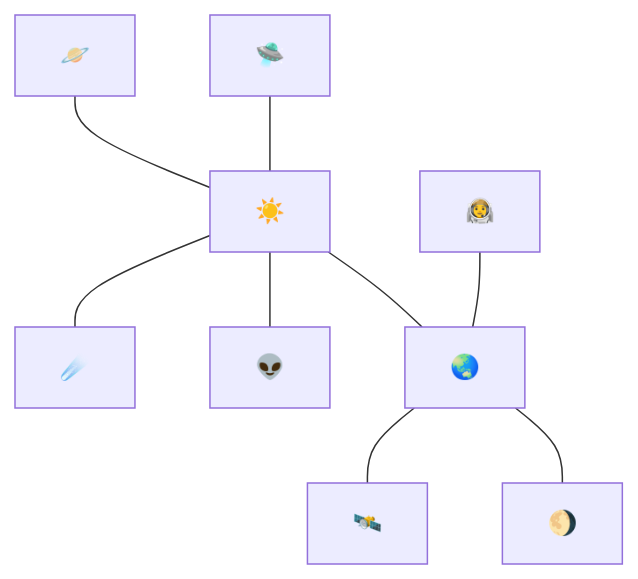
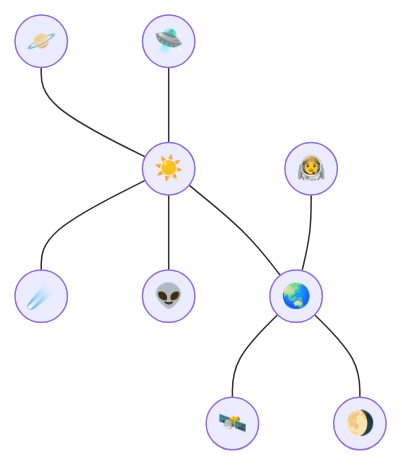
Before and after one commit to RhizomeDB/spec: the fourth of 7 diagrams in README.md, drawn with Mermaid. The commit also changed other lines of this file, not shown here.

````diff
--- a/README.md
+++ b/README.md
@@ -459,20 +459,20 @@
 ``` mermaid
 flowchart BT
-    sun["☀️"]
+    sun(("☀️"))
 
-    earth["🌏"]
-    saturn["🪐"]
-    alien["👽"]
-    uap["🛸"]
-    meteor["☄️"]
+    earth(("🌏"))
+    saturn(("🪐"))
+    alien(("👽"))
+    uap(("🛸"))
+    meteor(("☄️"))
 
     earth --- sun
     sun --- saturn
     alien --- sun
     sun --- uap
     meteor --- sun
 
-    moon["🌖"] --- earth
-    satelite["🛰️"] --- earth
-    earth --- astro["👩‍🚀"]
+    moon(("🌖")) --- earth
+    satelite(("🛰️")) --- earth
+    earth --- astro(("👩‍🚀"))
 ```
````
